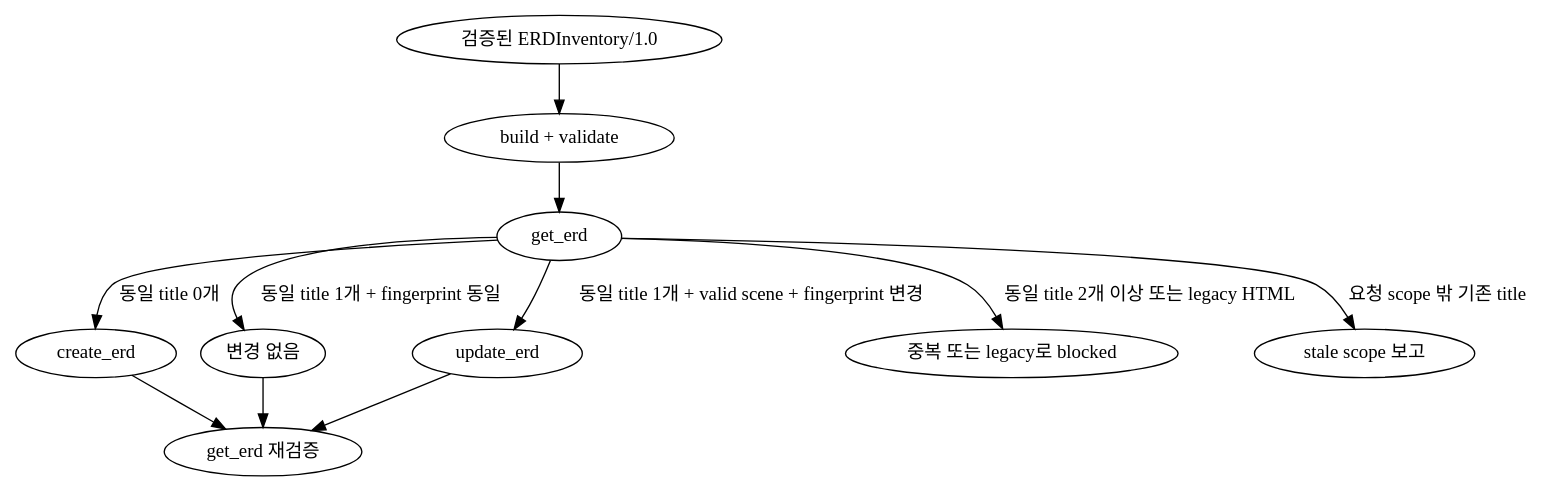
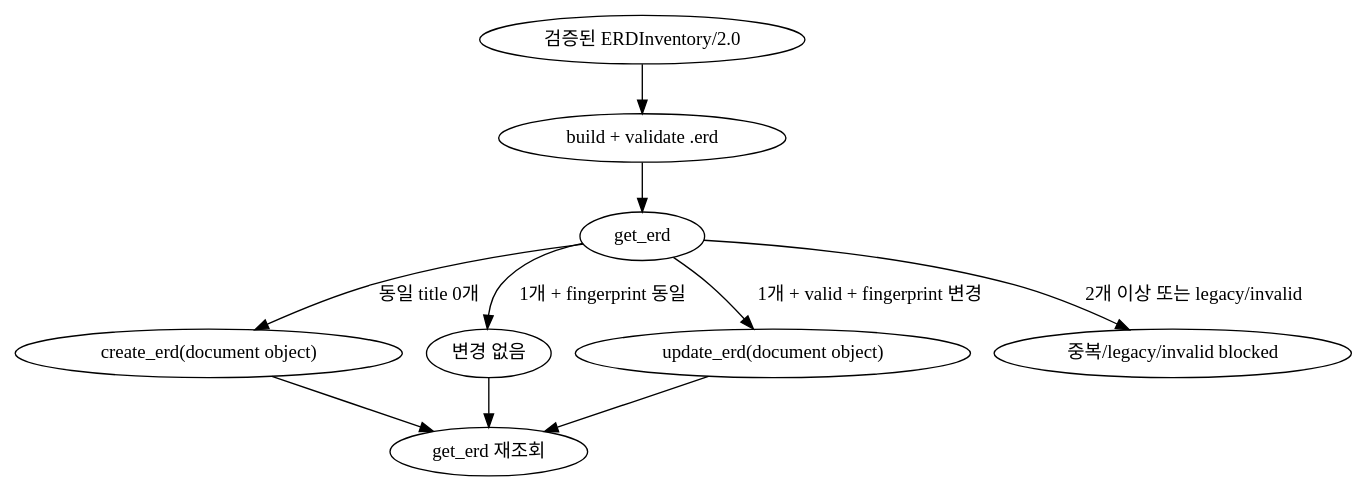
Before and after one commit to NohYusung/yusung-harness: the diagram in .codex/skills/erd/SKILL.md, drawn with Graphviz. The commit also changed other lines of this file and 286 other files, not shown here.

Commit message:
ERD를 Dineug .erd 형식으로 전환

````diff
--- a/.codex/skills/erd/SKILL.md
+++ b/.codex/skills/erd/SKILL.md
@@ -130,24 +125,22 @@
 ```dot
 digraph erd_sync {
-  inventory [label="검증된 ERDInventory/1.0"];
-  scene [label="build + validate"];
+  inventory [label="검증된 ERDInventory/2.0"];
+  document [label="build + validate .erd"];
   existing [label="get_erd"];
-  create [label="create_erd"];
+  create [label="create_erd(document object)"];
   unchanged [label="변경 없음"];
-  update [label="update_erd"];
-  blocked [label="중복 또는 legacy로 blocked"];
-  stale [label="stale scope 보고"];
-  verify [label="get_erd 재검증"];
+  update [label="update_erd(document object)"];
+  blocked [label="중복/legacy/invalid blocked"];
+  verify [label="get_erd 재조회"];
 
-  inventory -> scene;
-  scene -> existing;
+  inventory -> document;
+  document -> existing;
   existing -> create [label="동일 title 0개"];
-  existing -> unchanged [label="동일 title 1개 + fingerprint 동일"];
-  existing -> update [label="동일 title 1개 + valid scene + fingerprint 변경"];
-  existing -> blocked [label="동일 title 2개 이상 또는 legacy HTML"];
-  existing -> stale [label="요청 scope 밖 기존 title"];
+  existing -> unchanged [label="1개 + fingerprint 동일"];
+  existing -> update [label="1개 + valid + fingerprint 변경"];
+  existing -> blocked [label="2개 이상 또는 legacy/invalid"];
   create -> verify;
   unchanged -> verify;
   update -> verify;
 }
 ```
````
